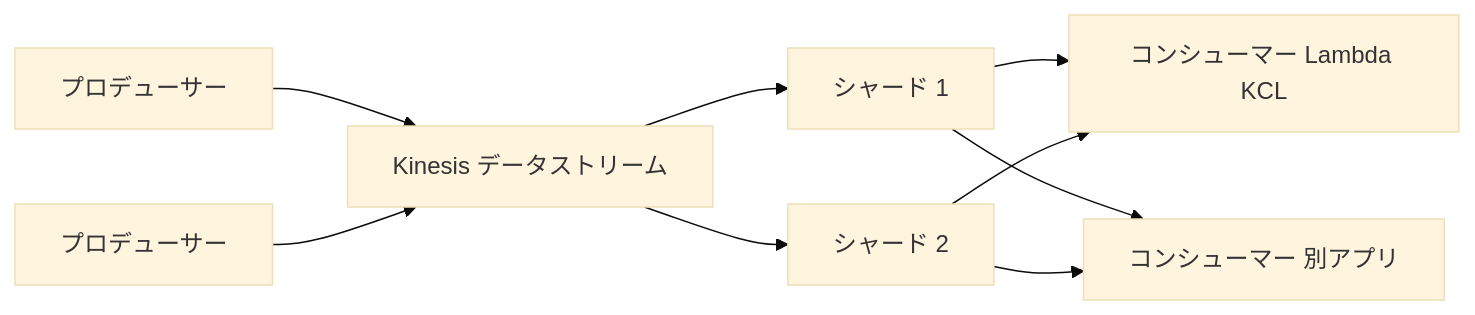
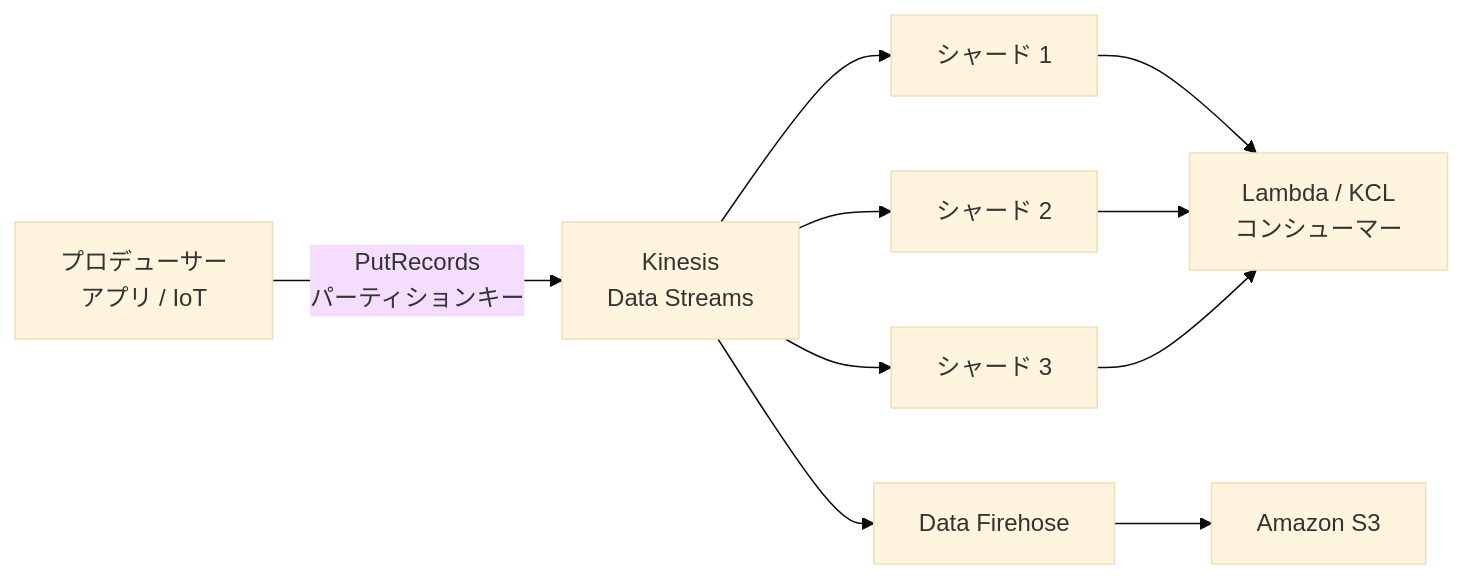
One commit to myoshi2891/Cloud-Infrastructure-and-Network-Studies changed diagram 13 of 31 in Dva-c02-domain1-development-with-aws-services-guide.md. Above: the diagram before and after it, drawn with Mermaid (base theme). The commit also changed other lines of this file, not shown here.

````diff
--- a/Dva-c02-domain1-development-with-aws-services-guide.md
+++ b/Dva-c02-domain1-development-with-aws-services-guide.md
@@ -874,11 +981,12 @@
 ```mermaid
 flowchart LR
-    P1["プロデューサー"] --> S["Kinesis データストリーム"]
-    P2["プロデューサー"] --> S
+    P1["プロデューサー<br/>アプリ / IoT"] -->|"PutRecords<br/>パーティションキー"| S["Kinesis<br/>Data Streams"]
     S --> SH1["シャード 1"]
     S --> SH2["シャード 2"]
-    SH1 --> C1["コンシューマー Lambda KCL"]
+    S --> SH3["シャード 3"]
+    SH1 --> C1["Lambda / KCL<br/>コンシューマー"]
     SH2 --> C1
-    SH1 --> C2["コンシューマー 別アプリ"]
-    SH2 --> C2
+    SH3 --> C1
+    S --> FH["Data Firehose"]
+    FH --> S3["Amazon S3"]
 ```
````
